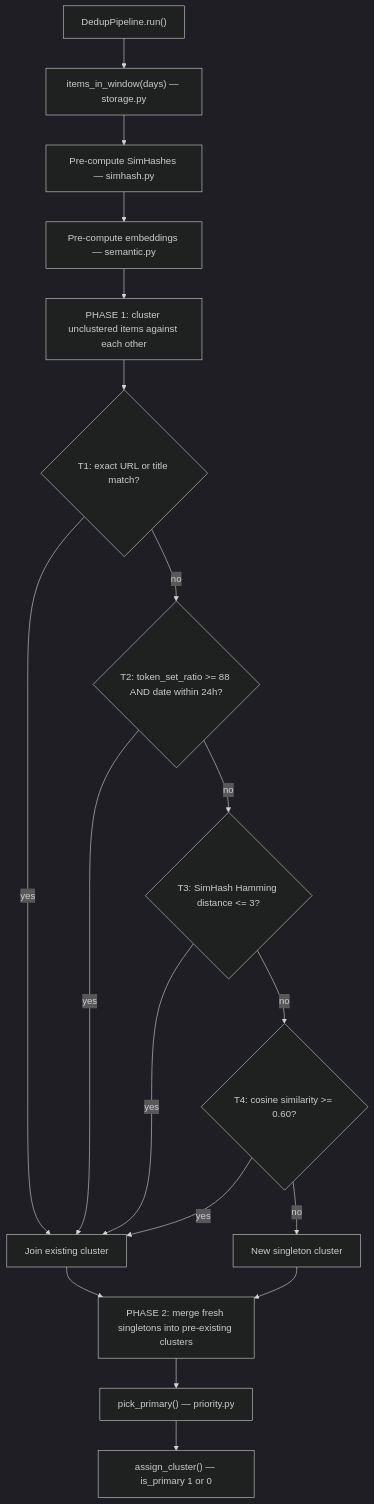
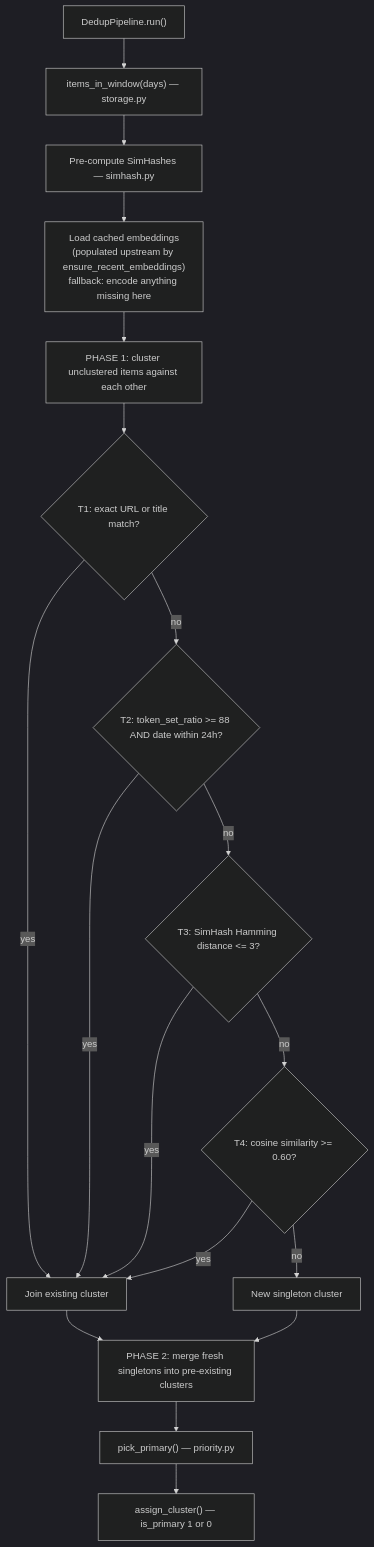
The diagram in pipeline/dedup/doc.md (aadarshvelu/syndicate), drawn with Mermaid (dark theme) before and after one commit. The commit also changed other lines of this file and 21 other files, not shown here.

````diff
--- a/pipeline/dedup/doc.md
+++ b/pipeline/dedup/doc.md
@@ -7,26 +7,26 @@
 ```mermaid
 flowchart TD
     A["DedupPipeline.run()"] --> B["items_in_window(days) — storage.py"]
     B --> C["Pre-compute SimHashes — simhash.py"]
-    C --> D["Pre-compute embeddings — semantic.py"]
+    C --> D["Load cached embeddings<br/>(populated upstream by ensure_recent_embeddings)<br/>fallback: encode anything missing here"]
 
     D --> P1["PHASE 1: cluster unclustered items against each other"]
 
     P1 --> T1{T1: exact URL or title match?}
     T1 -->|yes| MATCH["Join existing cluster"]
     T1 -->|no| T2{T2: token_set_ratio >= 88 AND date within 24h?}
     T2 -->|yes| MATCH
     T2 -->|no| T3{T3: SimHash Hamming distance <= 3?}
     T3 -->|yes| MATCH
     T3 -->|no| T4{T4: cosine similarity >= 0.60?}
     T4 -->|yes| MATCH
     T4 -->|no| NEW["New singleton cluster"]
 
     MATCH --> P2
     NEW --> P2
 
     P2["PHASE 2: merge fresh singletons into pre-existing clusters"]
 
     P2 --> PERSIST["pick_primary() — priority.py"]
     PERSIST --> DB["assign_cluster() — is_primary 1 or 0"]
 ```
````
